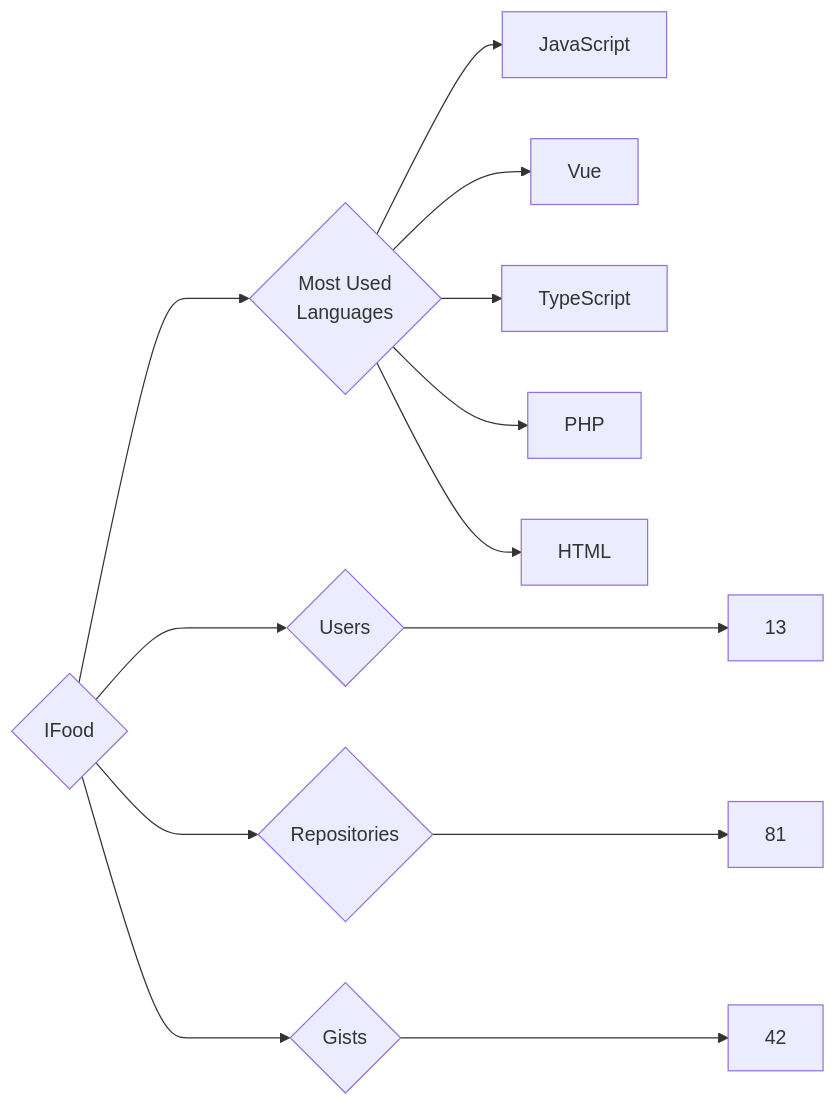
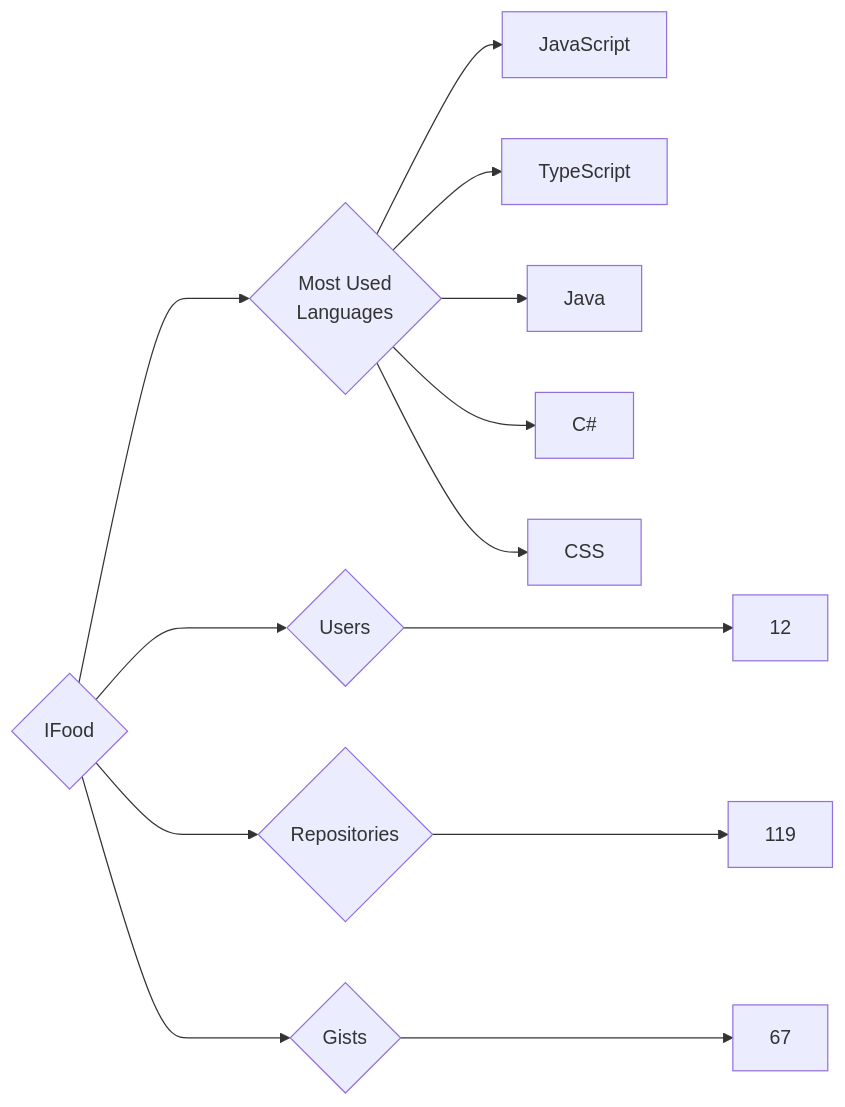
One commit to trickest/insiders changed the diagram in targets/IFood/README.md. Above: the diagram before and after it, drawn with Mermaid. The commit also changed 1084 other files, not shown here.

````diff
--- a/targets/IFood/README.md
+++ b/targets/IFood/README.md
@@ -3,13 +3,13 @@
 ```mermaid
 graph LR
 COMPANY_NAME{IFood}
-COMPANY_NAME ---> U{Users} ---> UN[13]
-COMPANY_NAME ---> R{Repositories} ---> RN[81]
-COMPANY_NAME ---> G{Gists} ---> GN[42]
+COMPANY_NAME ---> U{Users} ---> UN[12]
+COMPANY_NAME ---> R{Repositories} ---> RN[119]
+COMPANY_NAME ---> G{Gists} ---> GN[67]
 COMPANY_NAME ---> ML{Most Used<br>Languages}
 ML --> JavaScript[JavaScript]
-ML --> Vue[Vue]
 ML --> TypeScript[TypeScript]
-ML --> PHP[PHP]
-ML --> HTML[HTML]
+ML --> Java[Java]
+ML --> C#[C#]
+ML --> CSS[CSS]
 ```
````
